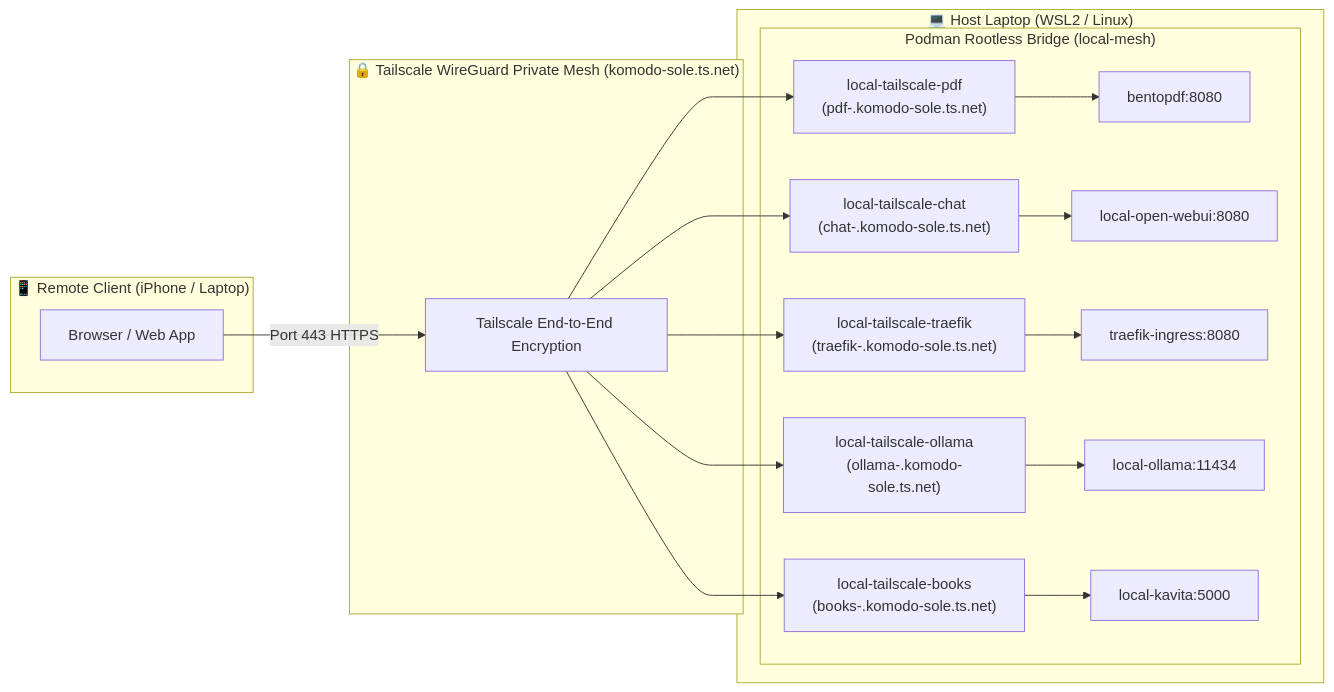
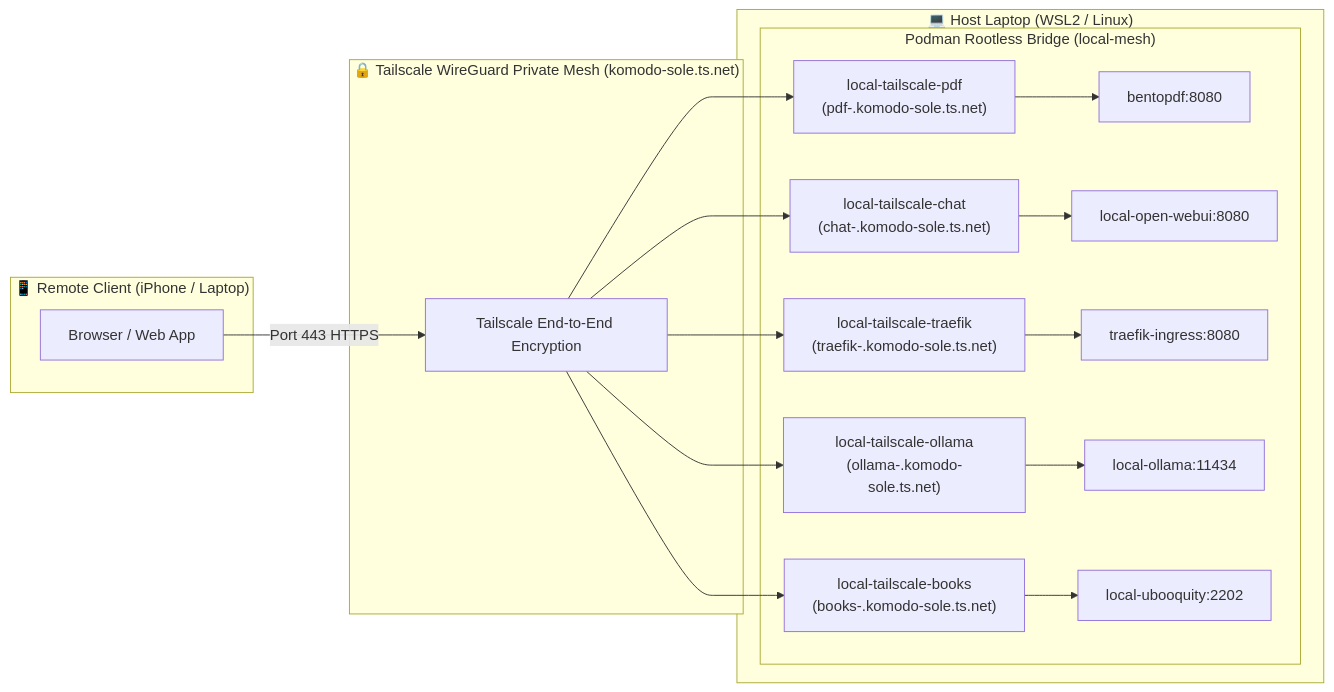
Before and after one commit to TonyHsieh/setup-linux-scripts: the first of 4 diagrams in docs/tailscale-ingress.md, drawn with Mermaid. The commit also changed other lines of this file and 9 other files, not shown here.

Commit message:
feat(books): replace Kavita with Ubooquity 3 for folder preservation

````diff
--- a/docs/tailscale-ingress.md
+++ b/docs/tailscale-ingress.md
@@ -11,33 +11,33 @@
 ```mermaid
 flowchart LR
     subgraph AppleDevice["📱 Remote Client (iPhone / Laptop)"]
         Safari["Browser / Web App"]
     end
 
     subgraph TailscaleMesh["🔒 Tailscale WireGuard Private Mesh (komodo-sole.ts.net)"]
         TSEncrypt["Tailscale End-to-End Encryption"]
     end
 
     subgraph LaptopHost["💻 Host Laptop (WSL2 / Linux)"]
         subgraph PodmanNetwork["Podman Rootless Bridge (local-mesh)"]
             TS_PDF["local-tailscale-pdf\n(pdf-<machine>.komodo-sole.ts.net)"]
             TS_CHAT["local-tailscale-chat\n(chat-<machine>.komodo-sole.ts.net)"]
             TS_TRAEFIK["local-tailscale-traefik\n(traefik-<machine>.komodo-sole.ts.net)"]
             TS_OLLAMA["local-tailscale-ollama\n(ollama-<machine>.komodo-sole.ts.net)"]
             TS_BOOKS["local-tailscale-books\n(books-<machine>.komodo-sole.ts.net)"]
 
             BentoPDF["bentopdf:8080"]
             WebUI["local-open-webui:8080"]
             Traefik["traefik-ingress:8080"]
             Ollama["local-ollama:11434"]
-            Kavita["local-kavita:5000"]
+            Ubooquity["local-ubooquity:2202"]
         end
     end
 
     Safari -->|Port 443 HTTPS| TSEncrypt
     TSEncrypt --> TS_PDF --> BentoPDF
     TSEncrypt --> TS_CHAT --> WebUI
     TSEncrypt --> TS_TRAEFIK --> Traefik
     TSEncrypt --> TS_OLLAMA --> Ollama
-    TSEncrypt --> TS_BOOKS --> Kavita
+    TSEncrypt --> TS_BOOKS --> Ubooquity
 ```
````
